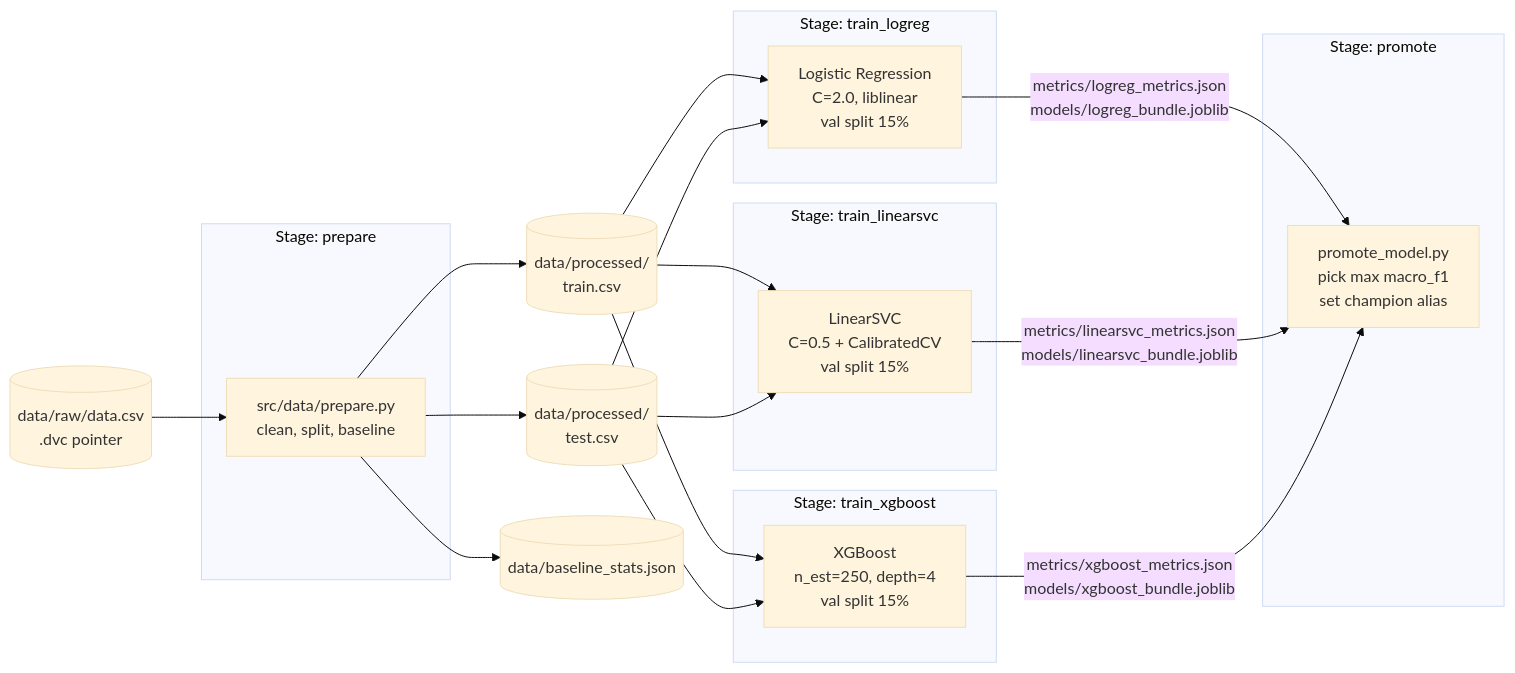
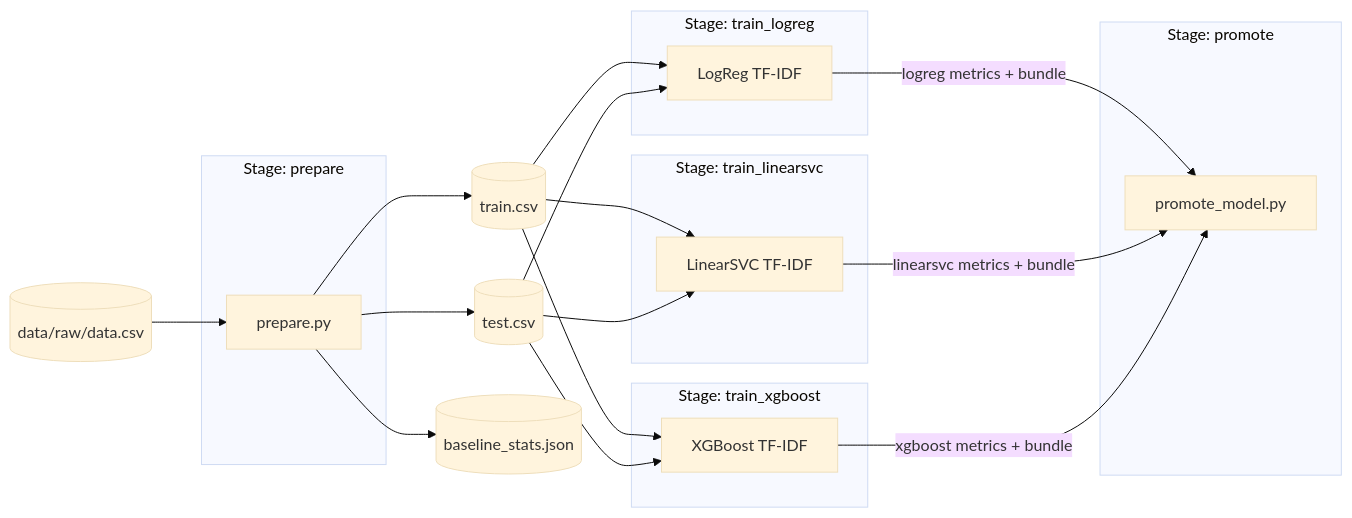
The fifth of 7 diagrams in docs/architecture.md (YashrajRC/DA5402_MLOPS_ProjectV2), drawn with Mermaid (base theme) before and after one commit. The commit also changed other lines of this file and 6 other files, not shown here.

````diff
--- a/docs/architecture.md
+++ b/docs/architecture.md
@@ -176,34 +176,34 @@
 ```mermaid
 flowchart LR
-    RAW[("data/raw/data.csv\n.dvc pointer")]
+    RAW[(data/raw/data.csv)]
 
     subgraph prepare["Stage: prepare"]
-        P[src/data/prepare.py\nclean, split, baseline]
+        P[prepare.py]
     end
 
     subgraph train_logreg["Stage: train_logreg"]
-        LR[Logistic Regression\nC=2.0, liblinear\nval split 15%]
+        LR[LogReg TF-IDF]
     end
 
     subgraph train_linearsvc["Stage: train_linearsvc"]
-        SV[LinearSVC\nC=0.5 + CalibratedCV\nval split 15%]
+        SV[LinearSVC TF-IDF]
     end
 
     subgraph train_xgboost["Stage: train_xgboost"]
-        XG[XGBoost\nn_est=250, depth=4\nval split 15%]
+        XG[XGBoost TF-IDF]
     end
 
     subgraph promote["Stage: promote"]
-        PRO[promote_model.py\npick max macro_f1\nset champion alias]
+        PRO[promote_model.py]
     end
 
-    TRAIN[("data/processed/\ntrain.csv")]
-    TEST[("data/processed/\ntest.csv")]
-    BASE[("data/baseline_stats.json")]
+    TRAIN[(train.csv)]
+    TEST[(test.csv)]
+    BASE[(baseline_stats.json)]
 
     RAW --> P --> TRAIN & TEST & BASE
     TRAIN & TEST --> LR & SV & XG
-    LR --> |"metrics/logreg_metrics.json\nmodels/logreg_bundle.joblib"| PRO
-    SV --> |"metrics/linearsvc_metrics.json\nmodels/linearsvc_bundle.joblib"| PRO
-    XG --> |"metrics/xgboost_metrics.json\nmodels/xgboost_bundle.joblib"| PRO
+    LR -->|logreg metrics + bundle| PRO
+    SV -->|linearsvc metrics + bundle| PRO
+    XG -->|xgboost metrics + bundle| PRO
 ```
````
